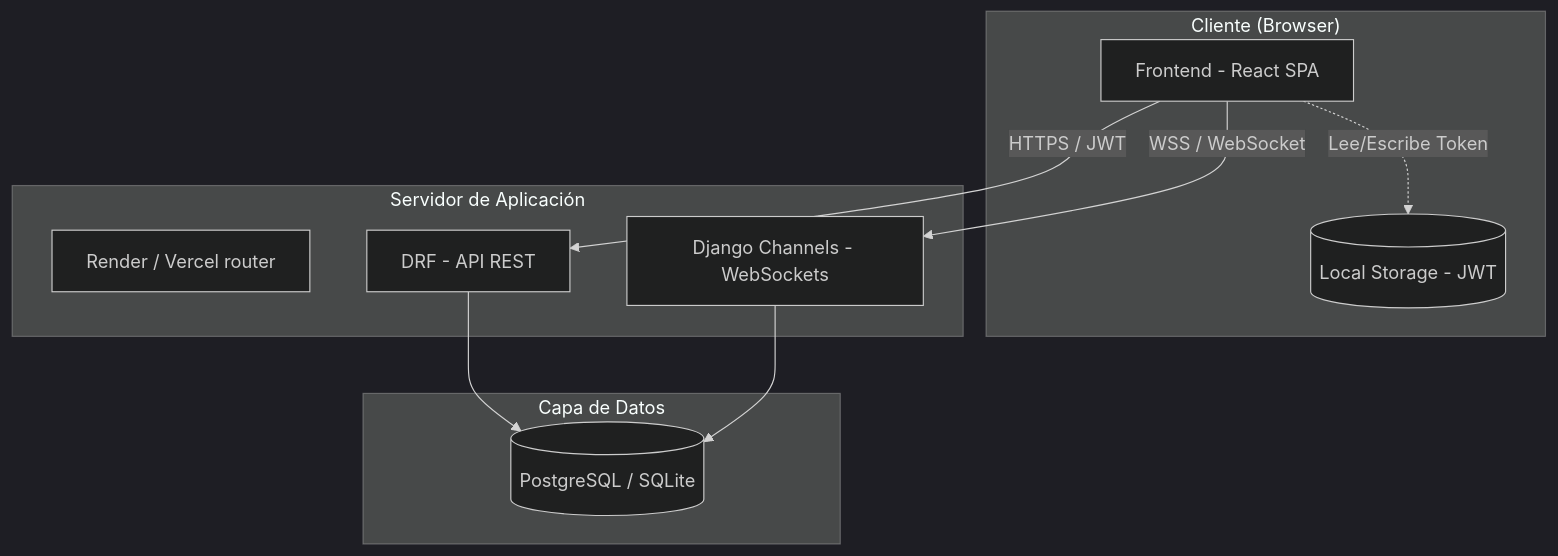
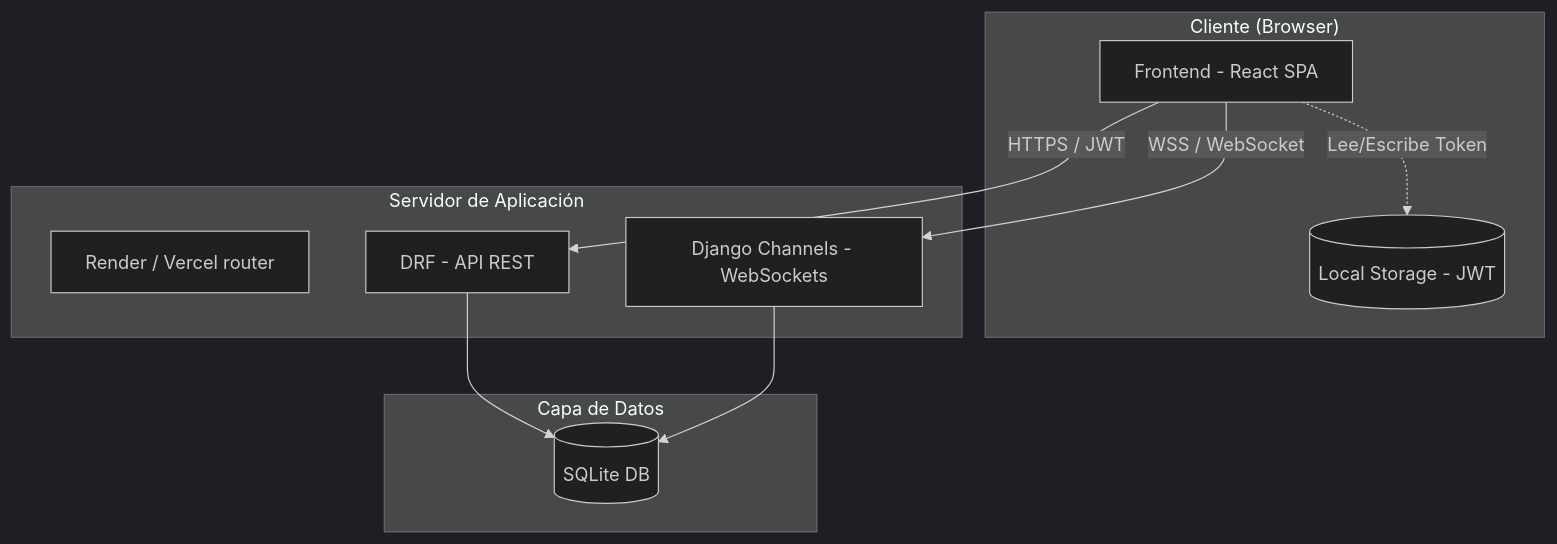
Before and after one commit to rech99/inventory-management: the first of 4 diagrams in docs/ARCHITECTURE.md, drawn with Mermaid (dark theme). The commit also changed other lines of this file, not shown here.

Commit message:
docs: update production database specification to SQLite for portfolio hosting

````diff
--- a/docs/ARCHITECTURE.md
+++ b/docs/ARCHITECTURE.md
@@ -11,23 +11,23 @@
 ```mermaid
 graph TD
     subgraph Cliente ["Cliente (Browser)"]
         FE[Frontend - React SPA]
         LS[(Local Storage - JWT)]
     end
 
     subgraph Servidor ["Servidor de Aplicación"]
         Gateway[Render / Vercel router]
         WS[Django Channels - WebSockets]
         REST[DRF - API REST]
     end
 
     subgraph Datos ["Capa de Datos"]
-        DB[(PostgreSQL / SQLite)]
+        DB[(SQLite DB)]
     end
 
     FE -->|HTTPS / JWT| REST
     FE -->|WSS / WebSocket| WS
     REST --> DB
     WS --> DB
     FE -.->|Lee/Escribe Token| LS
 ```
````
